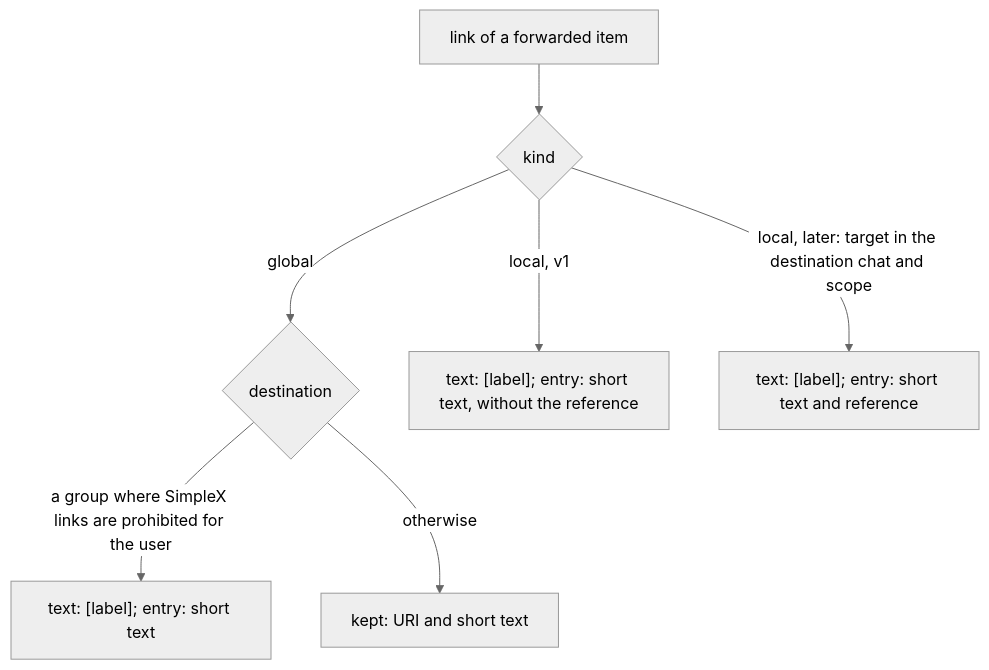
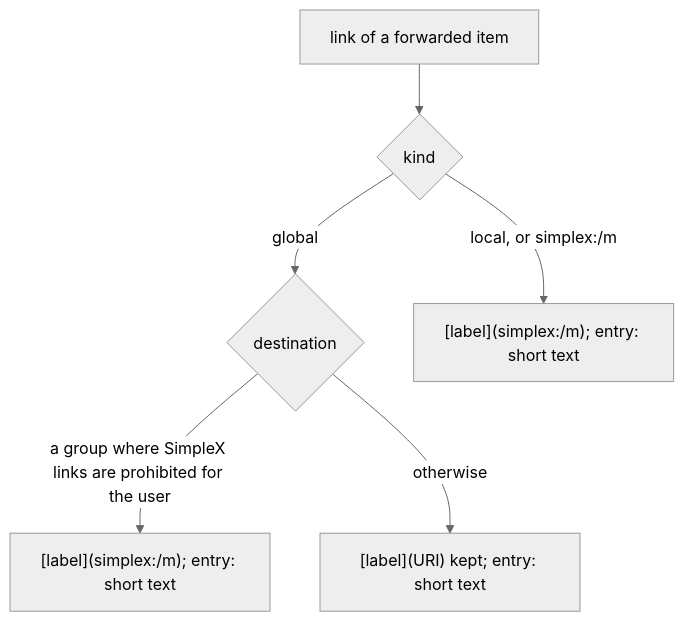
The fifth of 7 diagrams in plans/2026-11-22-message-references.md (evgeny-simplex/simplex-chat), drawn with Mermaid (neutral theme) before and after one commit. The commit also changed other lines of this file, not shown here.

Commit message:
core: plan message links as hyperlinks with references

````diff
--- a/plans/2026-11-22-message-references.md
+++ b/plans/2026-11-22-message-references.md
@@ -418,9 +487,8 @@
 ```mermaid
 flowchart TD
   F[link of a forwarded item] --> T{kind}
   T -->|global| G{destination}
-  G -->|a group where SimpleX links are prohibited for the user| GL["text: [label]; entry: short text"]
-  G -->|otherwise| GK[kept: URI and short text]
-  T -->|local, v1| LT["text: [label]; entry: short text, without the reference"]
-  T -->|local, later: target in the destination chat and scope| LK["text: [label]; entry: short text and reference"]
+  G -->|a group where SimpleX links are prohibited for the user| GL["[label](simplex:/m); entry: short text"]
+  G -->|otherwise| GK["[label](URI) kept; entry: short text"]
+  T -->|local, or simplex:/m| LT["[label](simplex:/m); entry: short text"]
 ```
````
